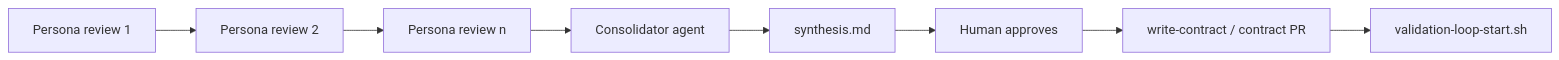
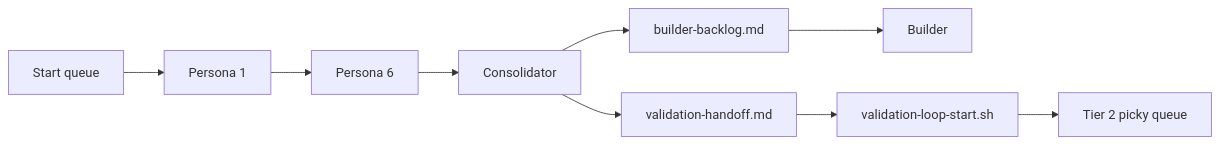
Before and after one commit to kenpoon555/rally: the diagram in .cursor/workflows/product-review.md, drawn with Mermaid. The commit also changed other lines of this file and 70 other files, not shown here.

First line of the commit message:
Complete onboarding-round1 product review and Layer 2 contract updates.

````diff
--- a/.cursor/workflows/product-review.md
+++ b/.cursor/workflows/product-review.md
@@ -10,10 +16,11 @@
 ```mermaid
 flowchart LR
-  P1[Persona review 1] --> P2[Persona review 2]
-  P2 --> Pn[Persona review n]
-  Pn --> C[Consolidator agent]
-  C --> S[synthesis.md]
-  S --> H[Human approves]
-  H --> WC[write-contract / contract PR]
-  WC --> V[validation-loop-start.sh]
+  Q[Start queue] --> P1[Persona 1]
+  P1 --> Pn[Persona 6]
+  Pn --> C[Consolidator]
+  C --> BB[builder-backlog.md]
+  C --> VH[validation-handoff.md]
+  BB --> B[Builder]
+  VH --> V[validation-loop-start.sh]
+  V --> T2[Tier 2 picky queue]
 ```
````
